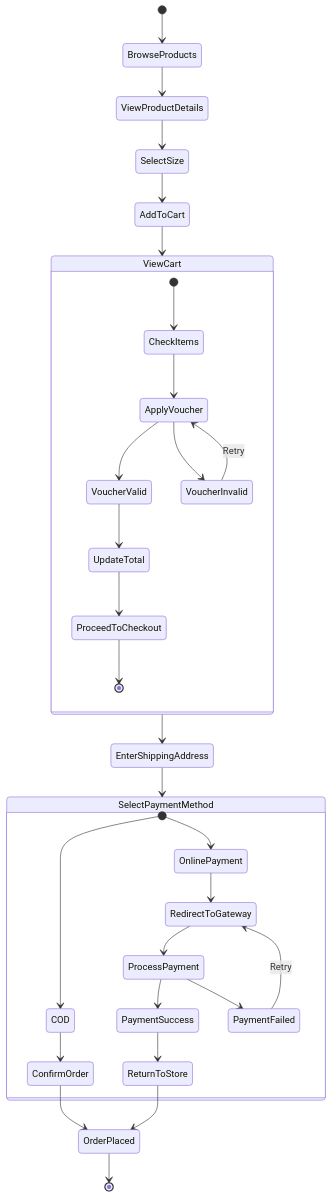
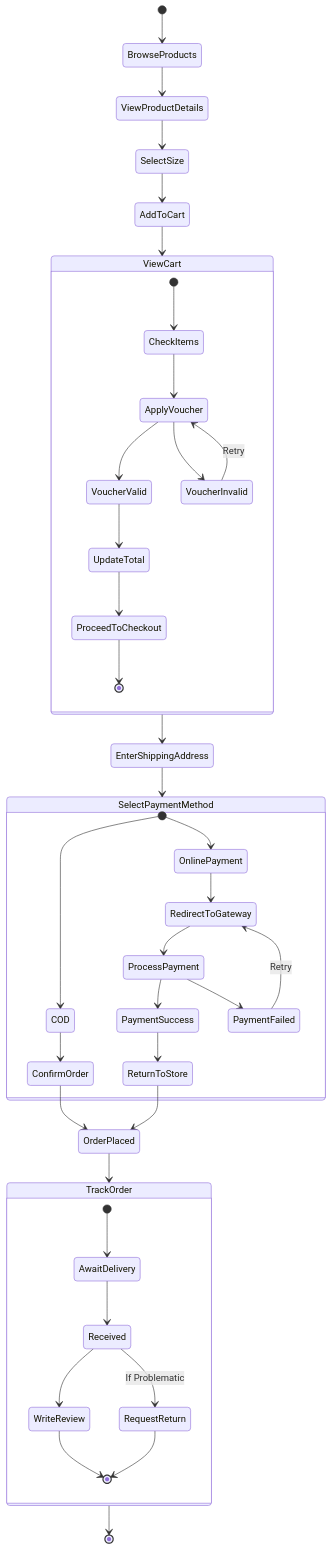
One commit to Grinti123/gerai-ayra-fullstack changed the first of 2 diagrams in activity-diagram.md. Above: the diagram before and after it, drawn with Mermaid. The commit also changed other lines of this file and 229 other files, not shown here.

````diff
--- a/activity-diagram.md
+++ b/activity-diagram.md
@@ -4,38 +4,49 @@
 ```mermaid
 stateDiagram-v2
     [*] --> BrowseProducts
     BrowseProducts --> ViewProductDetails
     ViewProductDetails --> SelectSize
     SelectSize --> AddToCart
     AddToCart --> ViewCart
 
     state ViewCart {
         [*] --> CheckItems
         CheckItems --> ApplyVoucher
         ApplyVoucher --> VoucherValid
         ApplyVoucher --> VoucherInvalid
         VoucherInvalid --> ApplyVoucher : Retry
         VoucherValid --> UpdateTotal
         UpdateTotal --> ProceedToCheckout
         ProceedToCheckout --> [*]
     }
 
     ViewCart --> EnterShippingAddress
     EnterShippingAddress --> SelectPaymentMethod
 
     state SelectPaymentMethod {
         [*] --> COD
         [*] --> OnlinePayment
         COD --> ConfirmOrder
         OnlinePayment --> RedirectToGateway
         RedirectToGateway --> ProcessPayment
         ProcessPayment --> PaymentSuccess
         ProcessPayment --> PaymentFailed
         PaymentFailed --> RedirectToGateway : Retry
         PaymentSuccess --> ReturnToStore
     }
 
     ConfirmOrder --> OrderPlaced
     ReturnToStore --> OrderPlaced
-    OrderPlaced --> [*]
+    OrderPlaced --> TrackOrder
+    
+    state TrackOrder {
+        [*] --> AwaitDelivery
+        AwaitDelivery --> Received
+        Received --> WriteReview
+        Received --> RequestReturn : If Problematic
+        WriteReview --> [*]
+        RequestReturn --> [*]
+    }
+    
+    TrackOrder --> [*]
 ```
````
